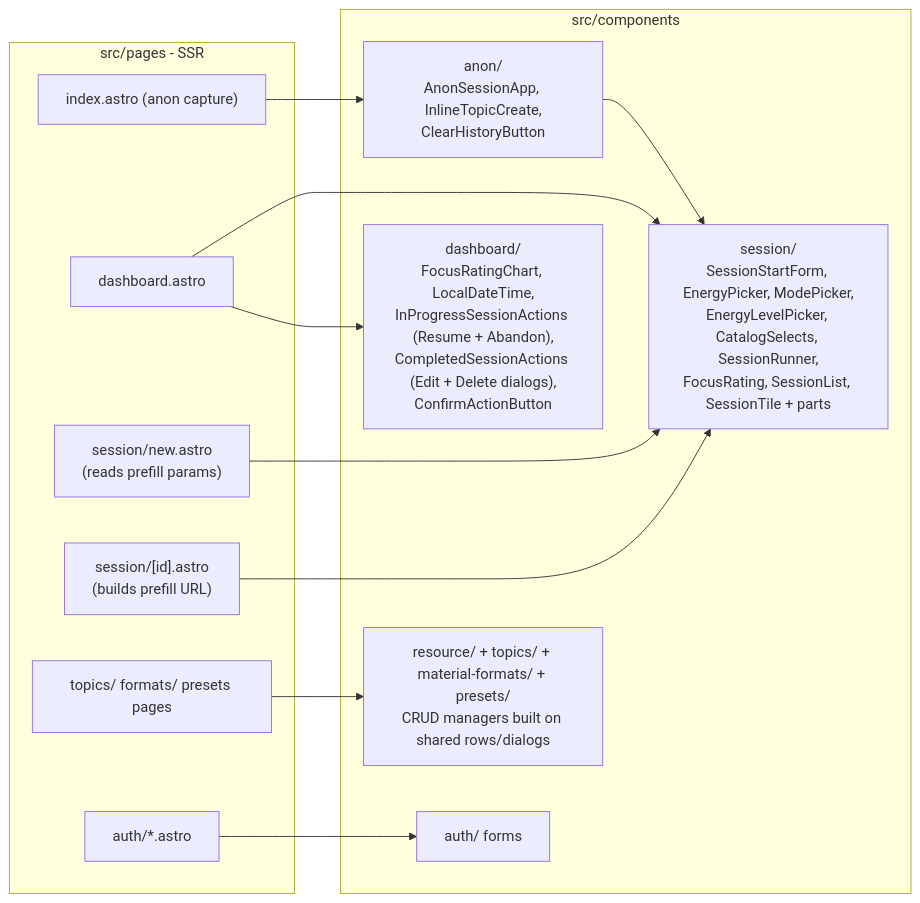
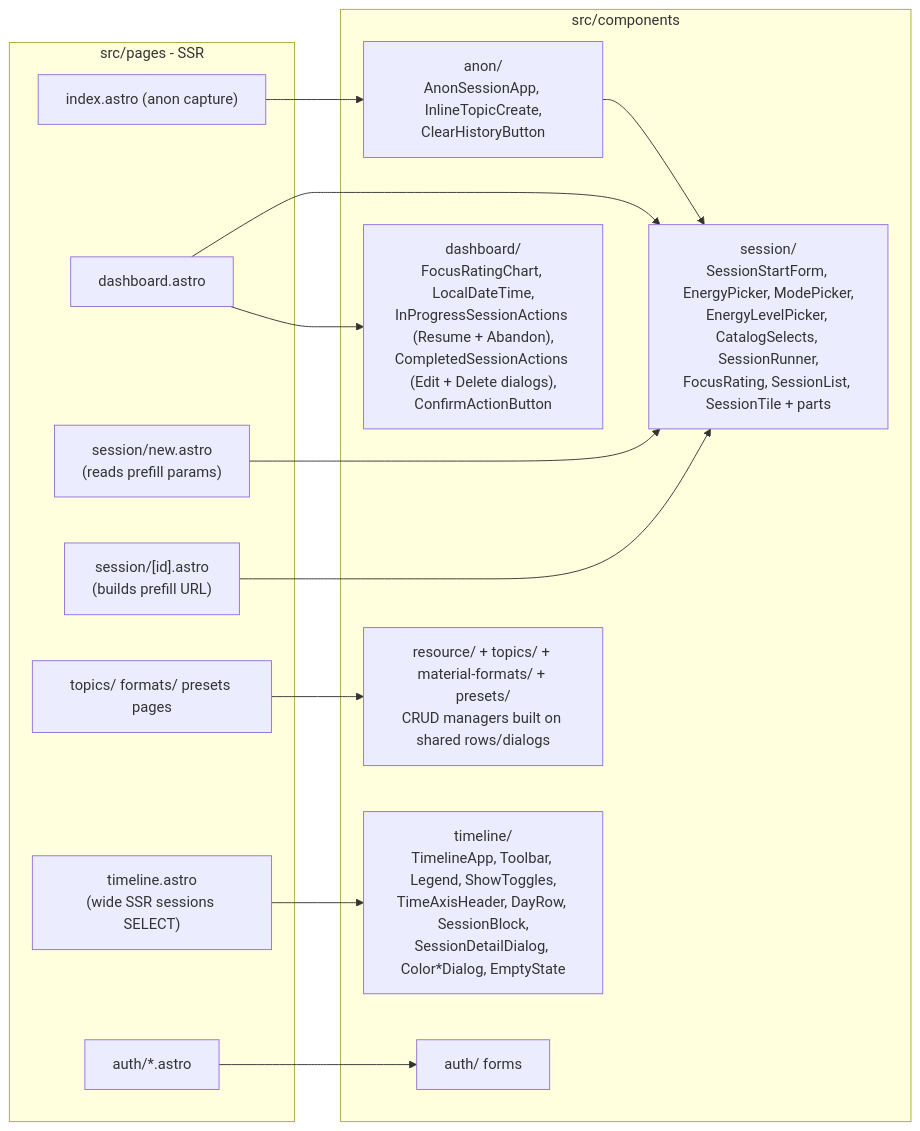
Before and after one commit to plpabla/pomosapiens: the third of 11 diagrams in context/foundation/arch.md, drawn with Mermaid. The commit also changed other lines of this file and 5 other files, not shown here.

````diff
--- a/context/foundation/arch.md
+++ b/context/foundation/arch.md
@@ -120,27 +123,30 @@
 ```mermaid
 flowchart LR
     subgraph pages[src/pages - SSR]
         idx["index.astro (anon capture)"]
         dash[dashboard.astro]
         sessNew["session/new.astro<br/>(reads prefill params)"]
         sessId["session/[id].astro<br/>(builds prefill URL)"]
         mgmtPg[topics/ formats/ presets pages]
+        tl["timeline.astro<br/>(wide SSR sessions SELECT)"]
         authPg[auth/*.astro]
     end
 
     subgraph components[src/components]
         anonC["anon/<br/>AnonSessionApp, InlineTopicCreate,<br/>ClearHistoryButton"]
         sessC["session/<br/>SessionStartForm, EnergyPicker, ModePicker,<br/>EnergyLevelPicker, CatalogSelects, SessionRunner,<br/>FocusRating, SessionList, SessionTile + parts"]
         dashC["dashboard/<br/>FocusRatingChart, LocalDateTime,<br/>InProgressSessionActions (Resume + Abandon),<br/>CompletedSessionActions (Edit + Delete dialogs),<br/>ConfirmActionButton"]
+        tlC["timeline/<br/>TimelineApp, Toolbar, Legend, ShowToggles,<br/>TimeAxisHeader, DayRow, SessionBlock,<br/>SessionDetailDialog, Color*Dialog, EmptyState"]
         resC["resource/ + topics/ + material-formats/ + presets/<br/>CRUD managers built on shared rows/dialogs"]
         authC[auth/ forms]
     end
 
     idx --> anonC
     sessNew --> sessC
     sessId --> sessC
     dash --> sessC & dashC
     mgmtPg --> resC
+    tl --> tlC
     authPg --> authC
     anonC --> sessC
 ```
````
